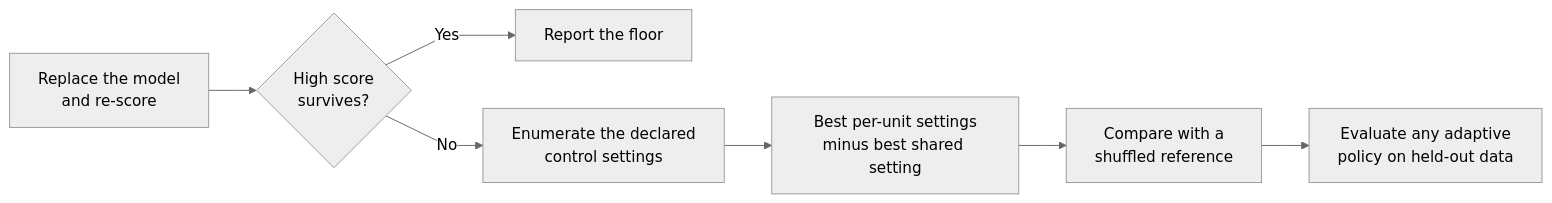
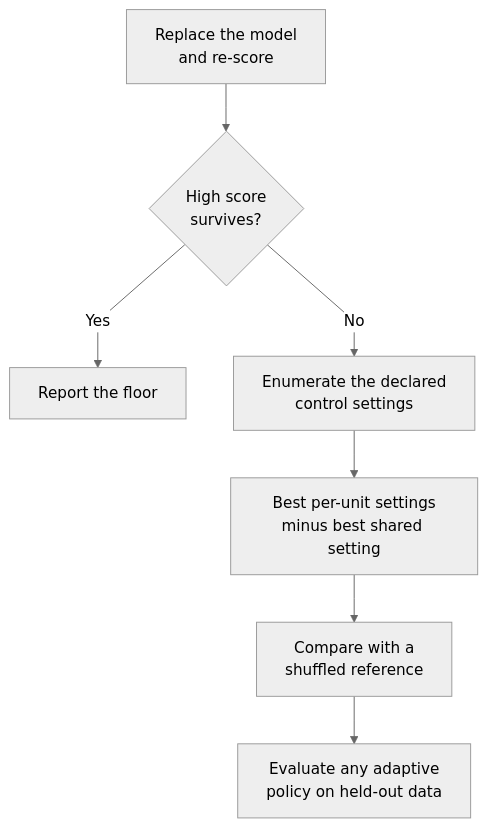
One commit to jlov7/no-model-floor changed the diagram in README.md. Above: the diagram before and after it, drawn with Mermaid. The commit also changed 7 other files, not shown here.

````diff
--- a/README.md
+++ b/README.md
@@ -40,13 +40,13 @@
 ```mermaid
 %%{init: {"theme": "neutral", "flowchart": {"curve": "linear"}}}%%
-flowchart LR
+flowchart TD
     accTitle: Floor and headroom checks
     accDescr: Replace the model with fixed policies and score the full system. If a high score survives, report that floor. Otherwise compare the best shared control setting with the best settings chosen per unit. Any apparent per-unit advantage still needs held-out evaluation.
 
     A["Replace the model<br/>and re-score"] --> B{"High score<br/>survives?"}
     B -->|Yes| C["Report the floor"]
     B -->|No| D["Enumerate the declared<br/>control settings"]
     D --> E["Best per-unit settings<br/>minus best shared setting"]
     E --> F["Compare with a<br/>shuffled reference"]
     F --> G["Evaluate any adaptive<br/>policy on held-out data"]
 ```
````
